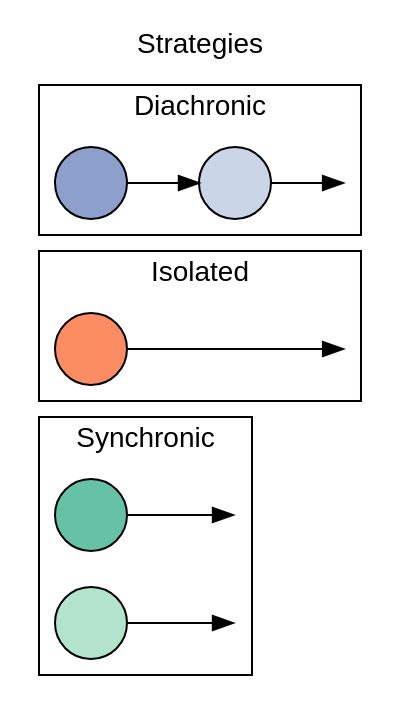
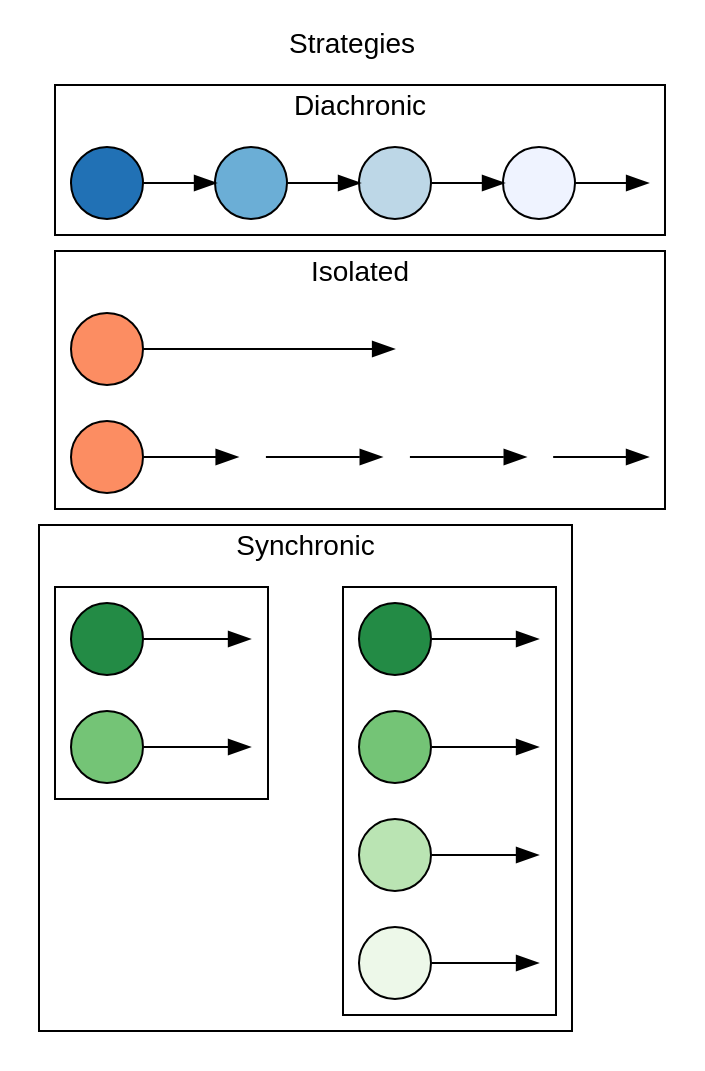
Before and after one commit to pedmiston/diachronic-teams: the diagram in totems/inst/extdata/team-structures-all.gv, drawn with Graphviz. The commit also changed 1 other file, not shown here.

Commit message:
Added remaining team structures to all graph

```diff
--- a/totems/inst/extdata/team-structures-all.gv
+++ b/totems/inst/extdata/team-structures-all.gv
@@ -1,44 +1,68 @@
 digraph {
   rankdir=LR;
   label="Strategies";
   labelloc=t;
   fontname=helvetica;
   // bgcolor=transparent;
 
-  node[fontname=helvetica; label=""; style=filled];
+  node[fontname=helvetica; label=""; style=filled; shape=circle];
 
   // Set cluster order (top to bottom) by initializing
   // nodes in each cluster starting from bottom to top
   s1, solo, d1;
 
-  // Shapes are projects
-  d1, d2, solo, s1, s2[shape=circle];
-
   // Colors are people
-  s1[fillcolor="#66C2A5"];
-  s2[fillcolor="#b3e2cd"];
-  d1[fillcolor="#8DA0CB"];
-  d2[fillcolor="#cbd5e8"];
-  solo[fillcolor="#FC8D62"];
+  d1[fillcolor="#2171b5"];
+  d2[fillcolor="#6baed6"];
+  d3[fillcolor="#bdd7e7"];
+  d4[fillcolor="#eff3ff"];
+  s1[fillcolor="#238b45"];
+  s2[fillcolor="#74c476"];
+  s4_1[fillcolor="#238b45"];
+  s4_2[fillcolor="#74c476"];
+  s4_3[fillcolor="#bae4b3"];
+  s4_4[fillcolor="#edf8e9"];
+  solo, solo_s1[fillcolor="#FC8D62"];
 
   // Invisible last nodes
-  dinv1, soloinv1, sinv1, sinv2[style=invis, width=0];
-
+  dinv1, soloinv1, soloinv2, sinv1, sinv2, s4inv1, s4inv2, s4inv3, s4inv4[style=invis, width=0];
 
   subgraph cluster1 {
     label="Diachronic";
-    d1 -> d2 -> dinv1;
+    d1 -> d2 -> d3 -> d4 -> dinv1;
   }
 
   subgraph cluster2 {
     label="Isolated";
     solo -> soloinv1[minlen=2];
+    solo_s1 -> solo_s2 -> solo_s3 -> solo_s4 -> soloinv2;
+
+    solo_s2, solo_s3, solo_s4[style=invis, width=0.2];
   }
 
   subgraph cluster3 {
     label="Synchronic";
-    s1 -> sinv1;
-    s2 -> sinv2;
+    rankdir=TB;
+
+    subgraph cluster3a {
+      label="";
+      s1 -> sinv1;
+      s2 -> sinv2;
+    }
+
+    subgraph cluster3b {
+      label="";
+      s4_1 -> s4inv1;
+      s4_2 -> s4inv2;
+      s4_3 -> s4inv3;
+      s4_4 -> s4inv4;
+    }
+
+    {edge[style=invis]
+      {sinv1 sinv2} -> {s4_1 s4_2}
+    }
+
+
   }
 
 }
```
